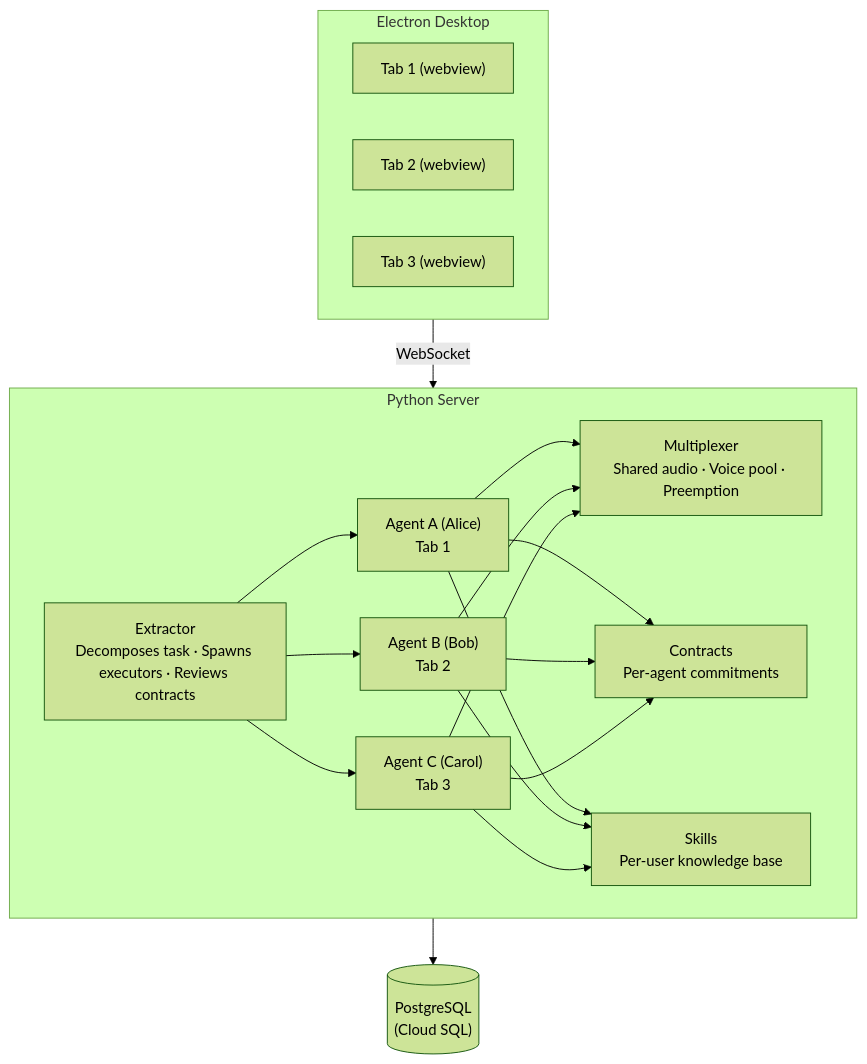
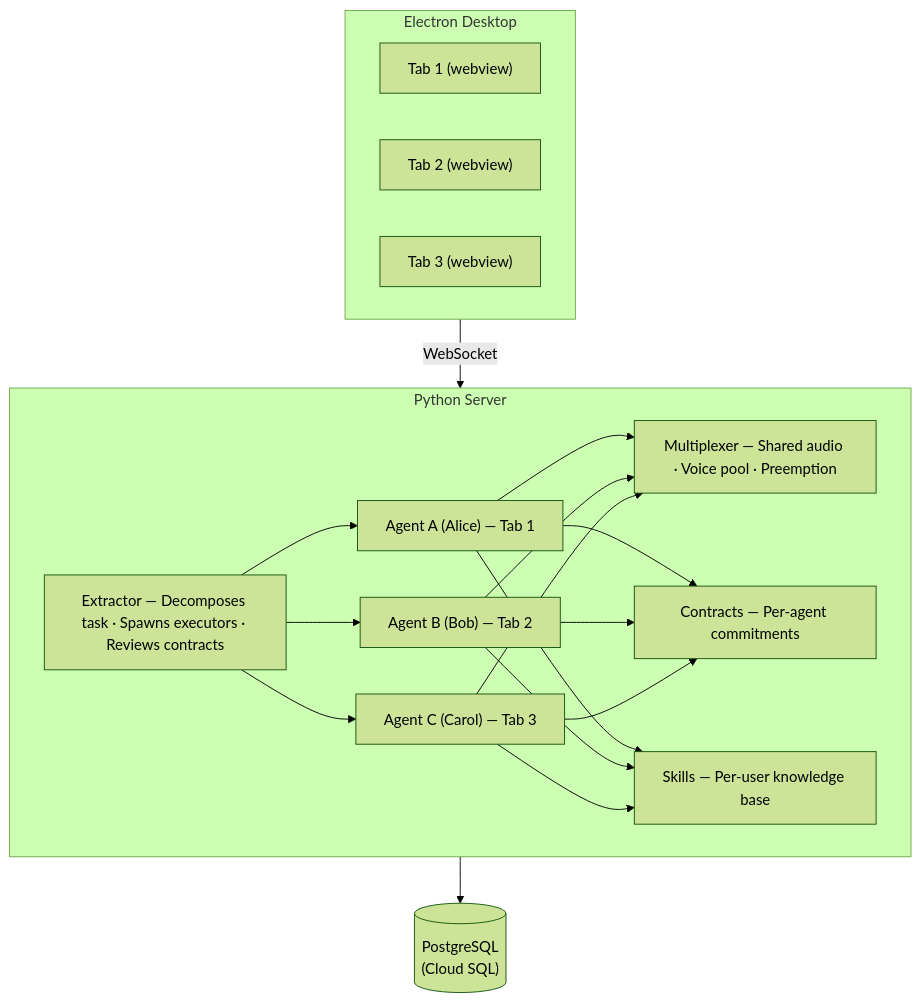
Before and after one commit to kavishsathia/vroom: the diagram in README.md, drawn with Mermaid (forest theme). The commit also changed other lines of this file, not shown here.

Commit message:
Feat: Refine README

````diff
--- a/README.md
+++ b/README.md
@@ -38,22 +36,22 @@
 ```mermaid
 graph TD
     subgraph Electron["Electron Desktop"]
         T1["Tab 1 (webview)"]
         T2["Tab 2 (webview)"]
         T3["Tab 3 (webview)"]
     end
 
     Electron -- "WebSocket" --> Server
 
     subgraph Server["Python Server"]
-        EX["Extractor\nDecomposes task · Spawns executors · Reviews contracts"]
-        EX --> A1["Agent A (Alice)\nTab 1"]
-        EX --> A2["Agent B (Bob)\nTab 2"]
-        EX --> A3["Agent C (Carol)\nTab 3"]
-        A1 & A2 & A3 --> MUX["Multiplexer\nShared audio · Voice pool · Preemption"]
-        A1 & A2 & A3 --> CO["Contracts\nPer-agent commitments"]
-        A1 & A2 & A3 --> SK["Skills\nPer-user knowledge base"]
+        EX["Extractor — Decomposes task · Spawns executors · Reviews contracts"]
+        EX --> A1["Agent A (Alice) — Tab 1"]
+        EX --> A2["Agent B (Bob) — Tab 2"]
+        EX --> A3["Agent C (Carol) — Tab 3"]
+        A1 & A2 & A3 --> MUX["Multiplexer — Shared audio · Voice pool · Preemption"]
+        A1 & A2 & A3 --> CO["Contracts — Per-agent commitments"]
+        A1 & A2 & A3 --> SK["Skills — Per-user knowledge base"]
     end
 
     Server --> DB[("PostgreSQL\n(Cloud SQL)")]
 ```
````
